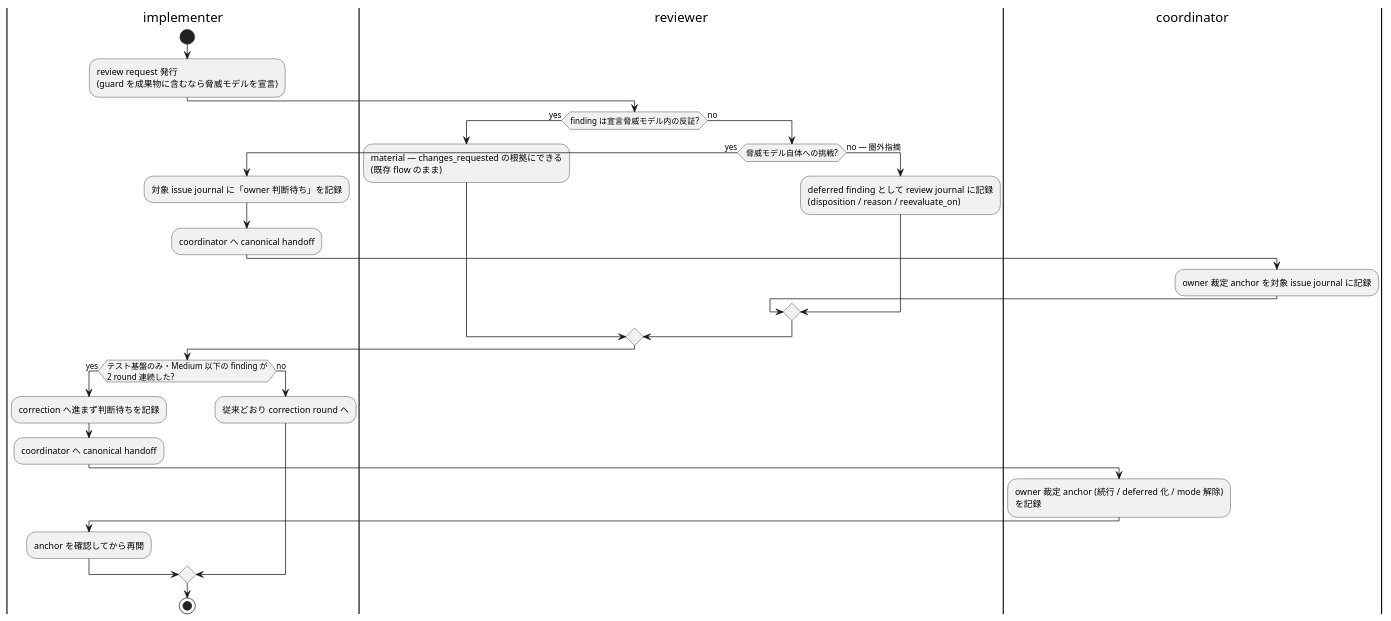
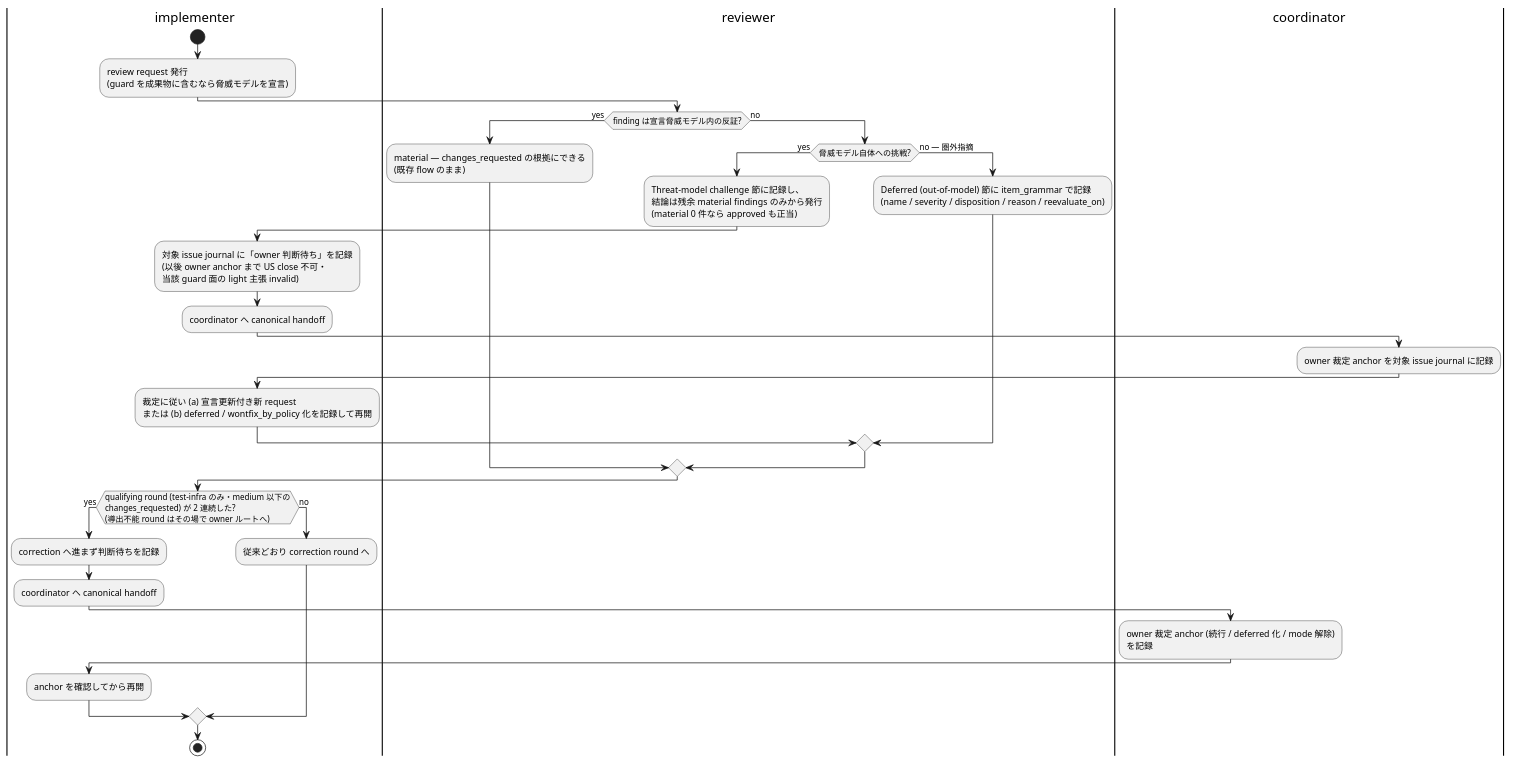
The second of 2 diagrams in vibes/docs/rules/agent-workflow.md (hollySizzle/mozyo_bridge), drawn with PlantUML before and after one commit. The commit also changed other lines of this file, not shown here.

````diff
--- a/vibes/docs/rules/agent-workflow.md
+++ b/vibes/docs/rules/agent-workflow.md
@@ -384,39 +431,48 @@
 ```plantuml
 @startuml
 |implementer|
 start
 :review request 発行
 (guard を成果物に含むなら脅威モデルを宣言);
 |reviewer|
 if (finding は宣言脅威モデル内の反証?) then (yes)
   :material — changes_requested の根拠にできる
 (既存 flow のまま);
 else (no)
   if (脅威モデル自体への挑戦?) then (yes)
+    :Threat-model challenge 節に記録し、
+結論は残余 material findings のみから発行
+(material 0 件なら approved も正当);
     |implementer|
-    :対象 issue journal に「owner 判断待ち」を記録;
+    :対象 issue journal に「owner 判断待ち」を記録
+(以後 owner anchor まで US close 不可・
+当該 guard 面の light 主張 invalid);
     :coordinator へ canonical handoff;
     |coordinator|
     :owner 裁定 anchor を対象 issue journal に記録;
+    |implementer|
+    :裁定に従い (a) 宣言更新付き新 request
+または (b) deferred / wontfix_by_policy 化を記録して再開;
   else (no — 圏外指摘)
     |reviewer|
-    :deferred finding として review journal に記録
-(disposition / reason / reevaluate_on);
+    :Deferred (out-of-model) 節に item_grammar で記録
+(name / severity / disposition / reason / reevaluate_on);
   endif
 endif
 |implementer|
-if (テスト基盤のみ・Medium 以下の finding が
-2 round 連続した?) then (yes)
+if (qualifying round (test-infra のみ・medium 以下の
+changes_requested) が 2 連続した?
+(導出不能 round はその場で owner ルートへ)) then (yes)
   :correction へ進まず判断待ちを記録;
   :coordinator へ canonical handoff;
   |coordinator|
   :owner 裁定 anchor (続行 / deferred 化 / mode 解除)
 を記録;
   |implementer|
   :anchor を確認してから再開;
 else (no)
   :従来どおり correction round へ;
 endif
 stop
 @enduml
 ```
````
